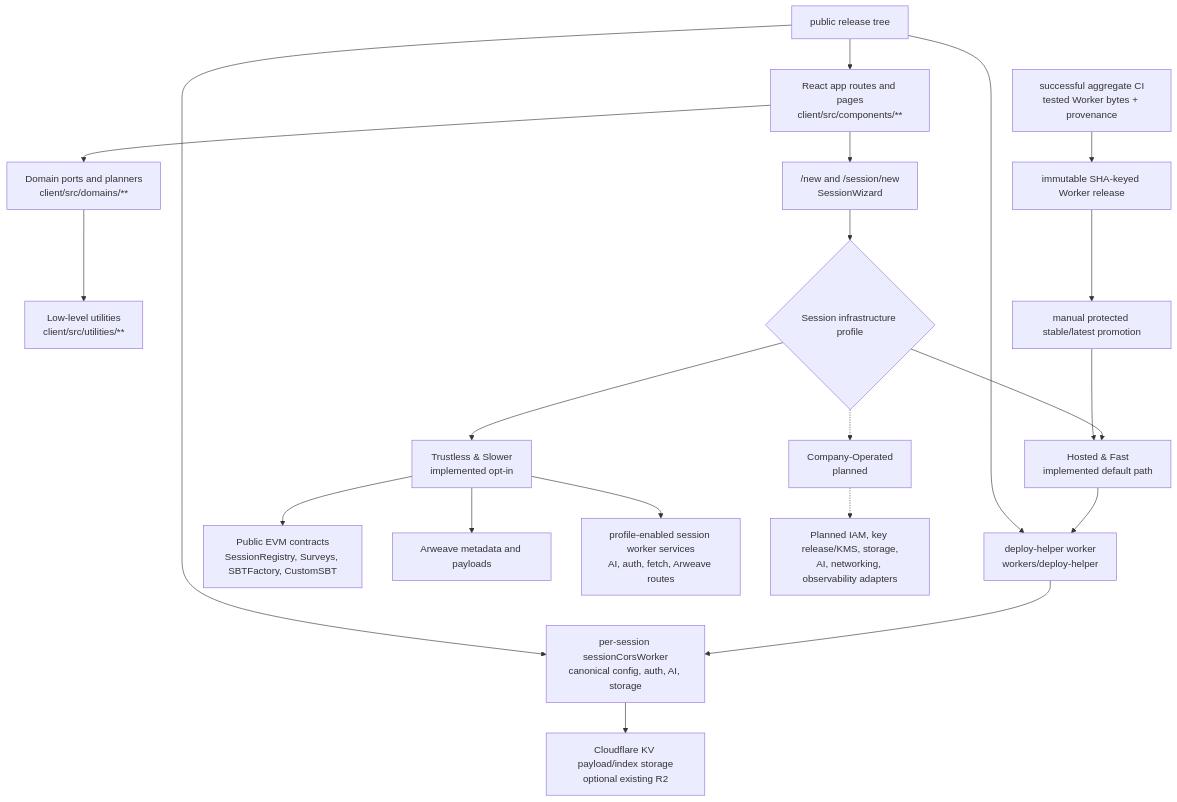
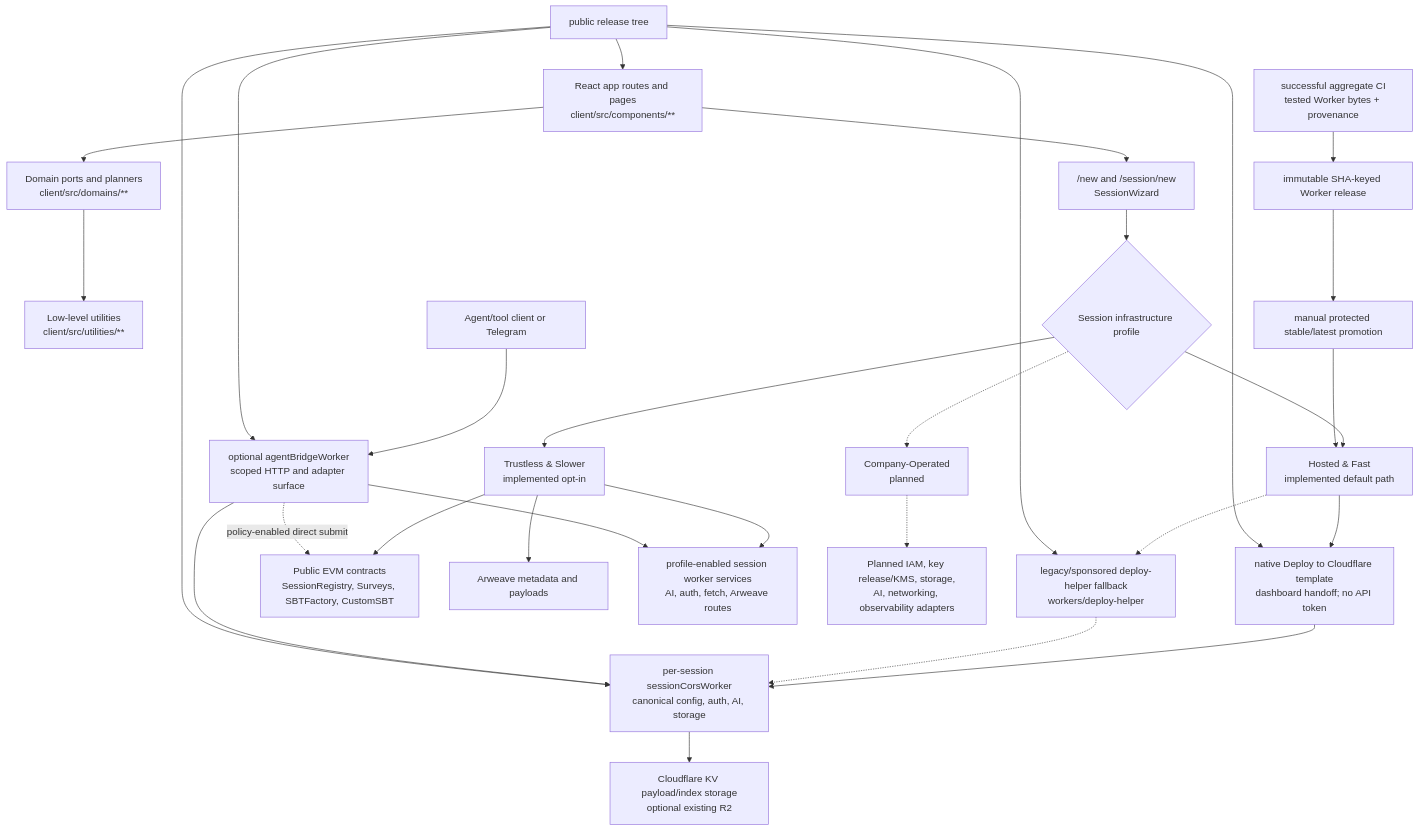
Before and after one commit to AgalmicSoftware/context-engine: the diagram in docs/architecture-overview.md, drawn with Mermaid. The commit also changed other lines of this file and 13 other files, not shown here.

First line of the commit message:
docs: reconcile architecture and deployment guidance

````diff
--- a/docs/architecture-overview.md
+++ b/docs/architecture-overview.md
@@ -24,23 +24,31 @@
 ```mermaid
 flowchart TD
   Browser["React app routes and pages<br/>client/src/components/**"] --> Domains["Domain ports and planners<br/>client/src/domains/**"]
   Domains --> Utilities["Low-level utilities<br/>client/src/utilities/**"]
   Browser --> Wizard["/new and /session/new<br/>SessionWizard"]
   Wizard --> ProfileChoice{"Session infrastructure profile"}
   ProfileChoice --> Hosted["Hosted & Fast<br/>implemented default path"]
   ProfileChoice --> Trustless["Trustless & Slower<br/>implemented opt-in"]
   ProfileChoice -.-> Company["Company-Operated<br/>planned"]
-  Hosted --> DeployHelper["deploy-helper worker<br/>workers/deploy-helper"]
-  DeployHelper --> HostedWorker["per-session sessionCorsWorker<br/>canonical config, auth, AI, storage"]
+  Hosted --> NativeTemplate["native Deploy to Cloudflare template<br/>dashboard handoff; no API token"]
+  NativeTemplate --> HostedWorker["per-session sessionCorsWorker<br/>canonical config, auth, AI, storage"]
+  Hosted -.-> DeployHelper["legacy/sponsored deploy-helper fallback<br/>workers/deploy-helper"]
+  DeployHelper -.-> HostedWorker
   HostedWorker --> CloudflareStorage["Cloudflare KV payload/index storage<br/>optional existing R2"]
+  AgentClient["Agent/tool client or Telegram"] --> AgentBridge["optional agentBridgeWorker<br/>scoped HTTP and adapter surface"]
+  AgentBridge --> HostedWorker
   Trustless --> Contracts["Public EVM contracts<br/>SessionRegistry, Surveys, SBTFactory, CustomSBT"]
   Trustless --> Arweave["Arweave metadata and payloads"]
   Trustless --> WorkerServices["profile-enabled session worker services<br/>AI, auth, fetch, Arweave routes"]
+  AgentBridge --> WorkerServices
+  AgentBridge -.->|policy-enabled direct submit| Contracts
   Company -.-> OrgAdapters["Planned IAM, key release/KMS, storage,<br/>AI, networking, observability adapters"]
   PublicRelease["public release tree"] --> Browser
   PublicRelease --> HostedWorker
+  PublicRelease --> NativeTemplate
   PublicRelease --> DeployHelper
+  PublicRelease --> AgentBridge
   AggregateCI["successful aggregate CI<br/>tested Worker bytes + provenance"] --> ImmutableWorkerRelease["immutable SHA-keyed Worker release"]
   ImmutableWorkerRelease --> ProtectedPromotion["manual protected stable/latest promotion"]
   ProtectedPromotion --> Hosted
 ```
````
